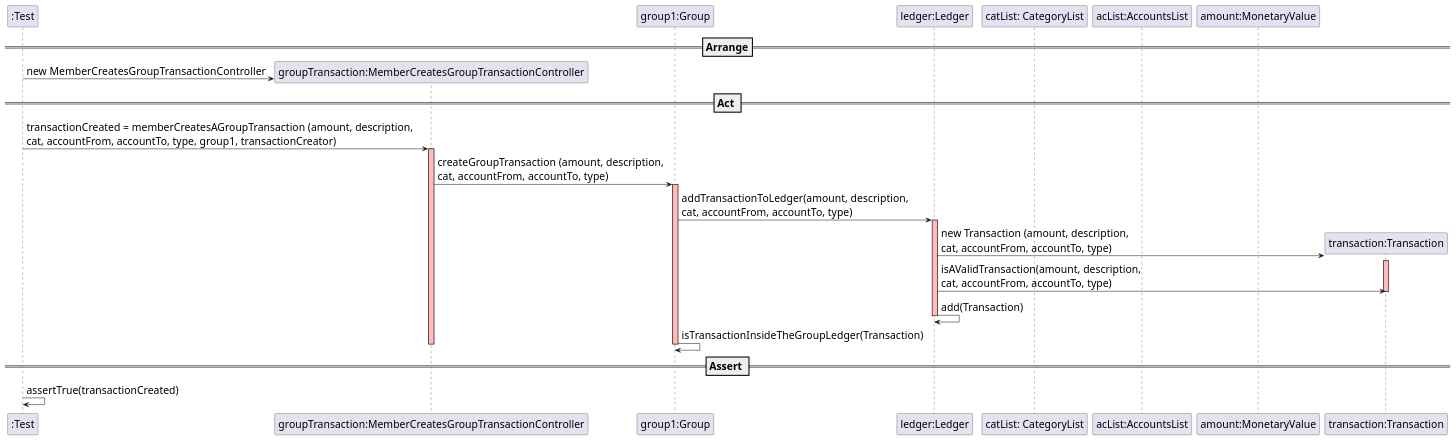
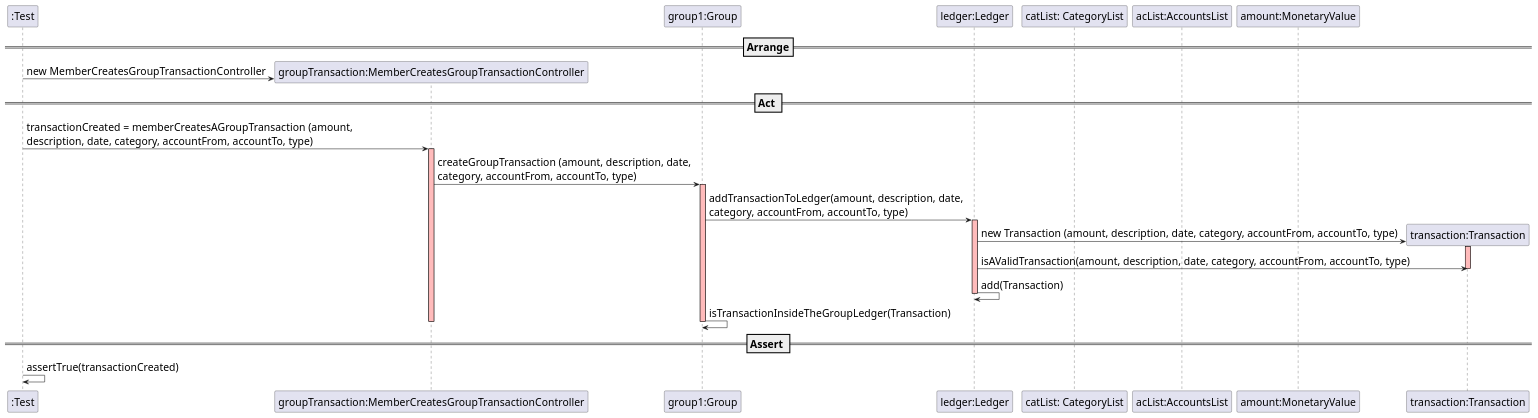
Before and after one commit to mleitaoribeiro/DevOpsMaven: the diagram in docs/SequenceDiagram - US008.1.puml, drawn with PlantUML. The commit also changed 1 other file, not shown here.

```diff
--- a/docs/SequenceDiagram - US008.1.puml
+++ b/docs/SequenceDiagram - US008.1.puml
@@ -1,47 +1,47 @@
 @startuml
 
 skinparam DefaultFontSize 20
 
 create ":Test"
 
 ==Arrange==
 create "groupTransaction:MemberCreatesGroupTransactionController"
 ":Test" -> "groupTransaction:MemberCreatesGroupTransactionController" : new MemberCreatesGroupTransactionController
 
 participant "group1:Group"
 participant "ledger:Ledger"
 participant "catList: CategoryList"
 participant "acList:AccountsList"
 participant "amount:MonetaryValue"
 
 == Act ==
 
-":Test" -> "groupTransaction:MemberCreatesGroupTransactionController" : transactionCreated = memberCreatesAGroupTransaction (amount, description, \ncat, accountFrom, accountTo, type, group1, transactionCreator)
+":Test" -> "groupTransaction:MemberCreatesGroupTransactionController" : transactionCreated = memberCreatesAGroupTransaction (amount, \ndescription, date, category, accountFrom, accountTo, type)
 activate "groupTransaction:MemberCreatesGroupTransactionController"  #FFBBBB
 
-"groupTransaction:MemberCreatesGroupTransactionController" -> "group1:Group" : createGroupTransaction (amount, description, \ncat, accountFrom, accountTo, type)
+"groupTransaction:MemberCreatesGroupTransactionController" -> "group1:Group" : createGroupTransaction (amount, description, date, \ncategory, accountFrom, accountTo, type)
 activate "group1:Group"  #FFBBBB
 
-"group1:Group" -> "ledger:Ledger" : addTransactionToLedger(amount, description, \ncat, accountFrom, accountTo, type)
+"group1:Group" -> "ledger:Ledger" : addTransactionToLedger(amount, description, date, \ncategory, accountFrom, accountTo, type)
 activate "ledger:Ledger"  #FFBBBB
 
 create "transaction:Transaction"
-"ledger:Ledger" -> "transaction:Transaction" : new Transaction (amount, description, \ncat, accountFrom, accountTo, type)
+"ledger:Ledger" -> "transaction:Transaction" : new Transaction (amount, description, date, category, accountFrom, accountTo, type)
 activate "transaction:Transaction"  #FFBBBB
 
-"ledger:Ledger" -> "transaction:Transaction" : isAValidTransaction(amount, description, \ncat, accountFrom, accountTo, type)
+"ledger:Ledger" -> "transaction:Transaction" : isAValidTransaction(amount, description, date, category, accountFrom, accountTo, type)
 deactivate "transaction:Transaction"  #FFBBBB
 
 "ledger:Ledger" -> "ledger:Ledger": add(Transaction)
 deactivate "ledger:Ledger"  #FFBBBB
 
 "group1:Group" -> "group1:Group" : isTransactionInsideTheGroupLedger(Transaction)
 
 deactivate "group1:Group"  #FFBBBB
 deactivate "groupTransaction:MemberCreatesGroupTransactionController" #FFBBBB
 
 == Assert ==
 
 ":Test" -> ":Test" : assertTrue(transactionCreated)
 
 @enduml
```
